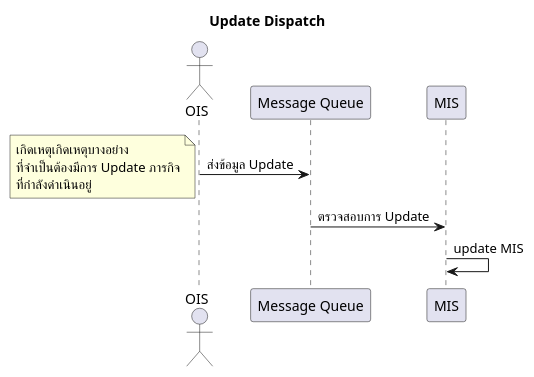
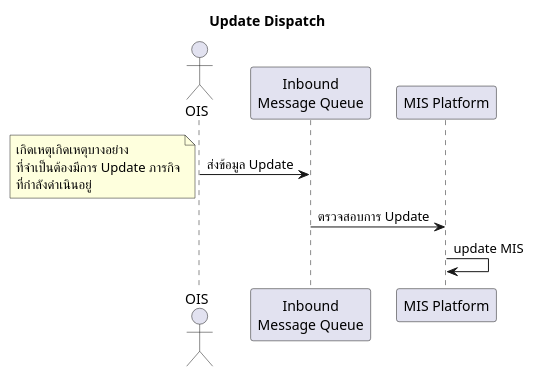
The diagram in uml/update_dispatch.plantuml (lionants02/mis-api-doc), drawn with PlantUML before and after one commit. The commit also changed 18 other files, not shown here.

```diff
--- a/uml/update_dispatch.plantuml
+++ b/uml/update_dispatch.plantuml
@@ -1,8 +1,8 @@
 @startuml
 Title Update Dispatch
 actor OIS
-  OIS -> "Message Queue": ส่งข้อมูล Update
+  OIS -> "Inbound\nMessage Queue": ส่งข้อมูล Update
   note left: เกิดเหตุเกิดเหตุบางอย่าง\nที่จำเป็นต้องมีการ Update ภารกิจ\nที่กำลังดำเนินอยู่
-  "Message Queue" -> MIS: ตรวจสอบการ Update
-  MIS -> MIS: update MIS
+  "Inbound\nMessage Queue" -> "MIS Platform": ตรวจสอบการ Update
+  "MIS Platform" -> "MIS Platform": update MIS
 @enduml
```
